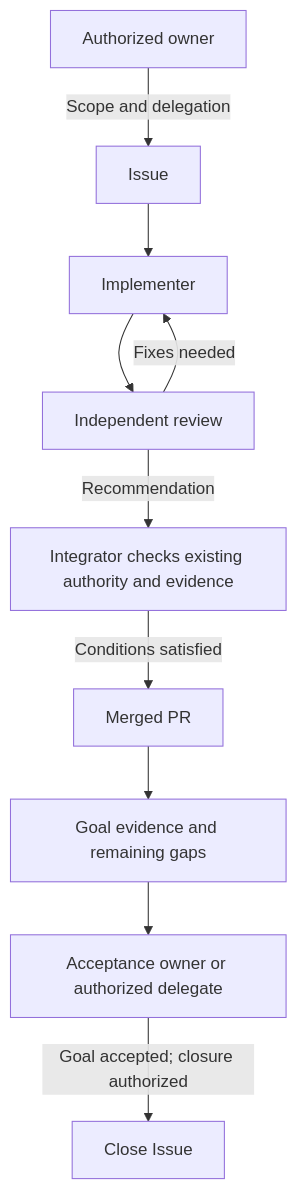
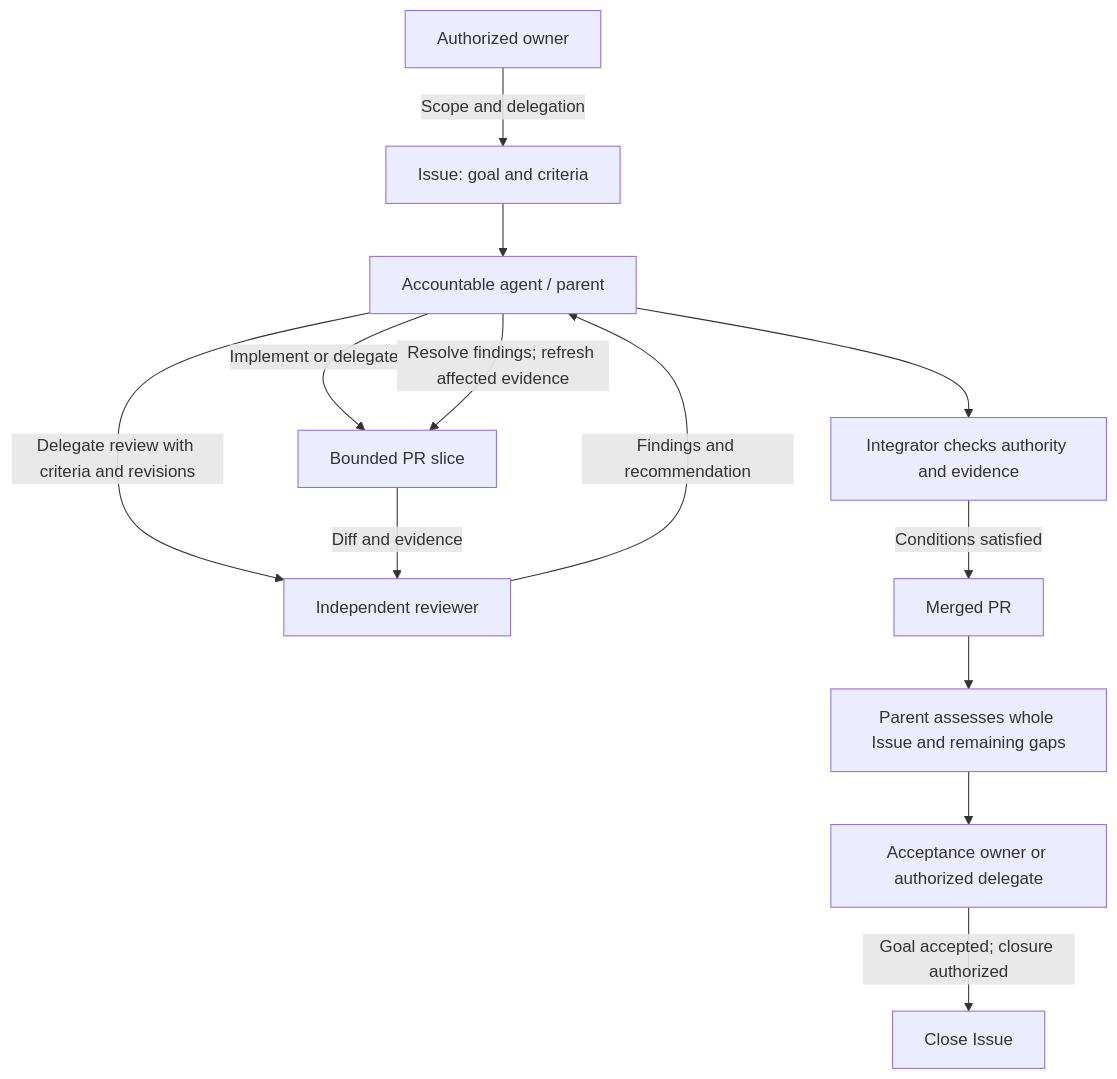
The second of 3 diagrams in docs/agent-collaboration.md (InferMatrixLab/InferRSI), drawn with Mermaid before and after one commit. The commit also changed other lines of this file and 3 other files, not shown here.

First line of the commit message:
docs(collaboration): apply review findings and adopted refinements

````diff
--- a/docs/agent-collaboration.md
+++ b/docs/agent-collaboration.md
@@ -50,12 +58,15 @@
 ```mermaid
 flowchart TB
-    H["Authorized owner"] -->|"Scope and delegation"| I["Issue"]
-    I --> A["Implementer"]
-    A --> R["Independent review"]
-    R -->|"Fixes needed"| A
-    R -->|"Recommendation"| G["Integrator checks existing authority and evidence"]
+    H["Authorized owner"] -->|"Scope and delegation"| I["Issue: goal and criteria"]
+    I --> A["Accountable agent / parent"]
+    A -->|"Implement or delegate"| W["Bounded PR slice"]
+    A -->|"Delegate review with criteria and revisions"| R["Independent reviewer"]
+    W -->|"Diff and evidence"| R
+    R -->|"Findings and recommendation"| A
+    A -->|"Resolve findings; refresh affected evidence"| W
+    A --> G["Integrator checks authority and evidence"]
     G -->|"Conditions satisfied"| P["Merged PR"]
-    P --> S["Goal evidence and remaining gaps"]
+    P --> S["Parent assesses whole Issue and remaining gaps"]
     S --> O["Acceptance owner or authorized delegate"]
     O -->|"Goal accepted; closure authorized"| C["Close Issue"]
 ```
````
